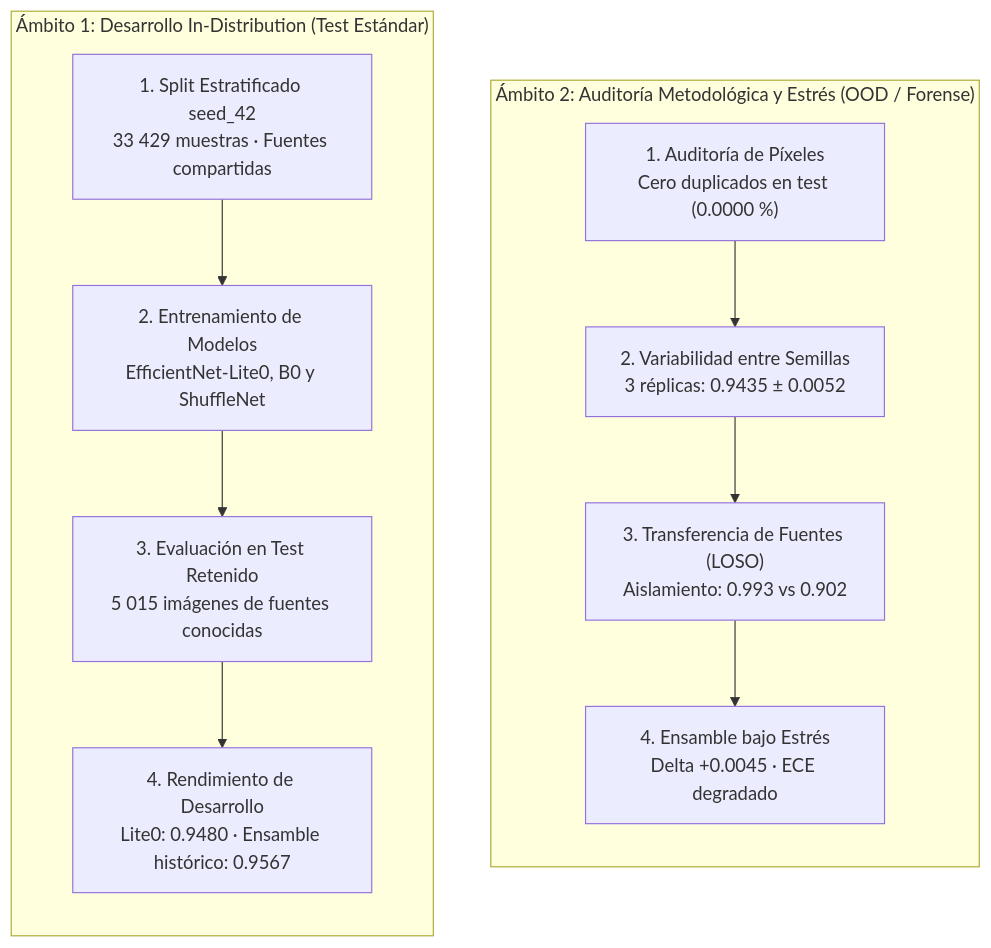
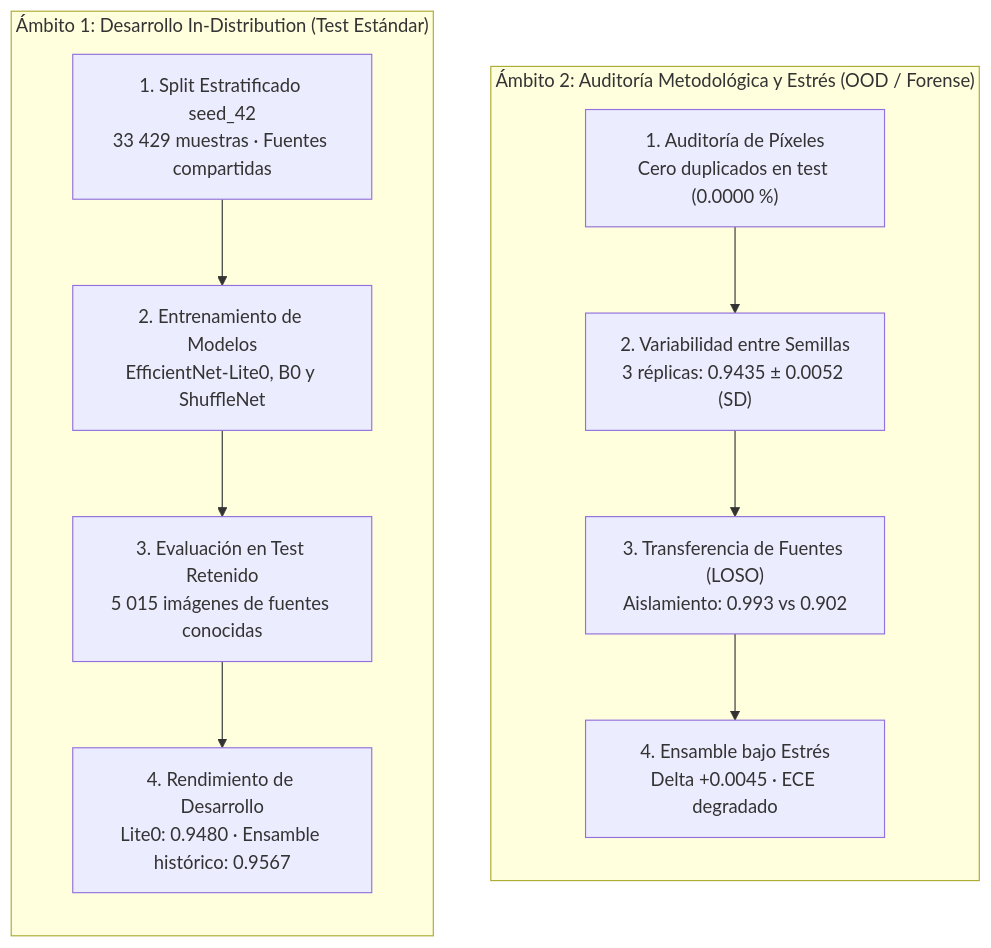
One commit to daiv05/maize-doctor-classifier changed the diagram in docs/es/auditoria/index.md. Above: the diagram before and after it, drawn with Mermaid. The commit also changed 80 other files, not shown here.

````diff
--- a/docs/es/auditoria/index.md
+++ b/docs/es/auditoria/index.md
@@ -16,22 +16,22 @@
 ```mermaid
 flowchart LR
     subgraph Ambito1 ["Ámbito 1: Desarrollo In-Distribution (Test Estándar)"]
         direction TB
         A1["1. Split Estratificado seed_42<br>33 429 muestras · Fuentes compartidas"]
         B1["2. Entrenamiento de Modelos<br>EfficientNet-Lite0, B0 y ShuffleNet"]
         C1["3. Evaluación en Test Retenido<br>5 015 imágenes de fuentes conocidas"]
         D1["4. Rendimiento de Desarrollo<br>Lite0: 0.9480 · Ensamble histórico: 0.9567"]
         A1 --> B1 --> C1 --> D1
     end
 
     subgraph Ambito2 ["Ámbito 2: Auditoría Metodológica y Estrés (OOD / Forense)"]
         direction TB
         E1["1. Auditoría de Píxeles<br>Cero duplicados en test (0.0000 %)"]
-        E2["2. Variabilidad entre Semillas<br>3 réplicas: 0.9435 ± 0.0052"]
+        E2["2. Variabilidad entre Semillas<br>3 réplicas: 0.9435 ± 0.0052 (SD)"]
         E3["3. Transferencia de Fuentes (LOSO)<br>Aislamiento: 0.993 vs 0.902"]
         E4["4. Ensamble bajo Estrés<br>Delta +0.0045 · ECE degradado"]
         E1 --> E2 --> E3 --> E4
     end
 
     Ambito1 ~~~ Ambito2
 ```
````
